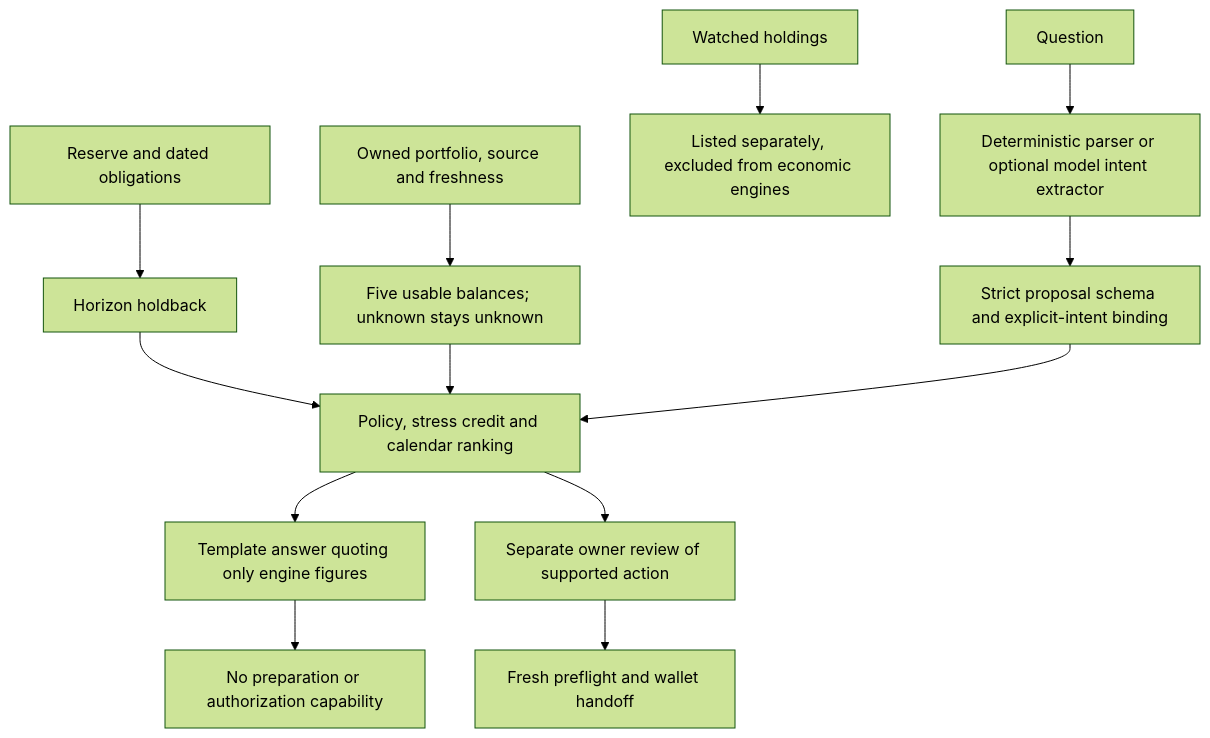
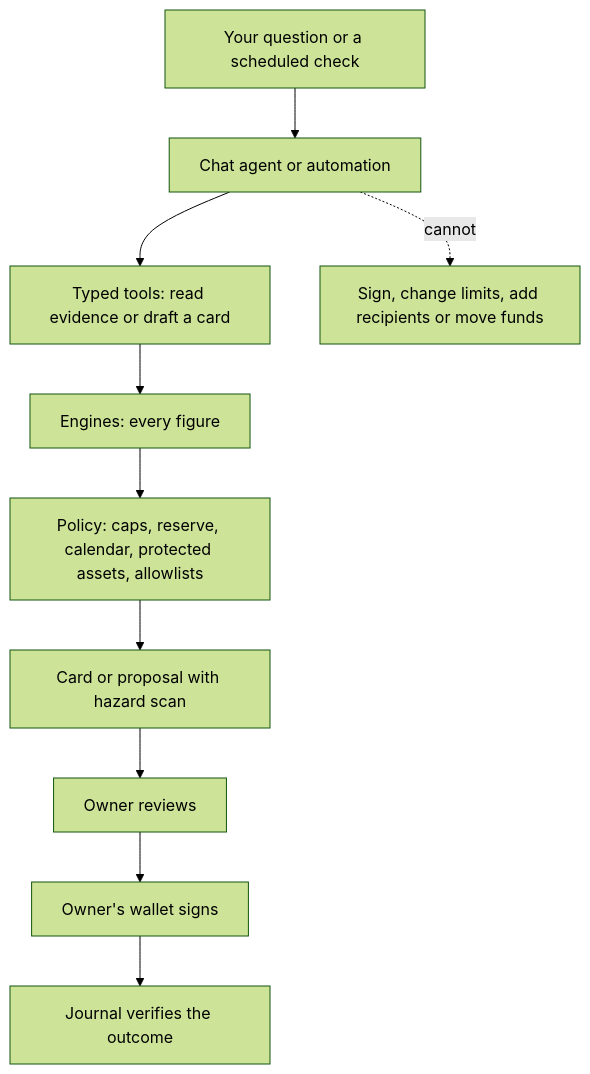
Before and after one commit to AmanGxpta/Flowvault-nearhackathon2026: the third of 4 diagrams in README.md, drawn with Mermaid (forest theme). The commit also changed other lines of this file, not shown here.

````diff
--- a/README.md
+++ b/README.md
@@ -249,15 +219,12 @@
 ```mermaid
 flowchart TB
-    O["Reserve and dated obligations"] --> H["Horizon holdback"]
-    P["Owned portfolio, source and freshness"] --> B["Five usable balances; unknown stays unknown"]
-    WATCH["Watched holdings"] --> X["Listed separately, excluded from economic engines"]
-    H --> E["Policy, stress credit and calendar ranking"]
-    B --> E
-    Q["Question"] --> I["Deterministic parser or optional model intent extractor"]
-    I --> S["Strict proposal schema and explicit-intent binding"]
-    S --> E
-    E --> AN["Template answer quoting only engine figures"]
-    E --> RV["Separate owner review of supported action"]
-    RV --> WF["Fresh preflight and wallet handoff"]
-    AN --> NO["No preparation or authorization capability"]
+    Q["Your question or a scheduled check"] --> M["Chat agent or automation"]
+    M --> T["Typed tools: read evidence or draft a card"]
+    T --> E["Engines: every figure"]
+    E --> P["Policy: caps, reserve, calendar, protected assets, allowlists"]
+    P --> C["Card or proposal with hazard scan"]
+    C --> O["Owner reviews"]
+    O --> W["Owner's wallet signs"]
+    W --> J["Journal verifies the outcome"]
+    M -. "cannot" .-> X["Sign, change limits, add recipients or move funds"]
 ```
````
